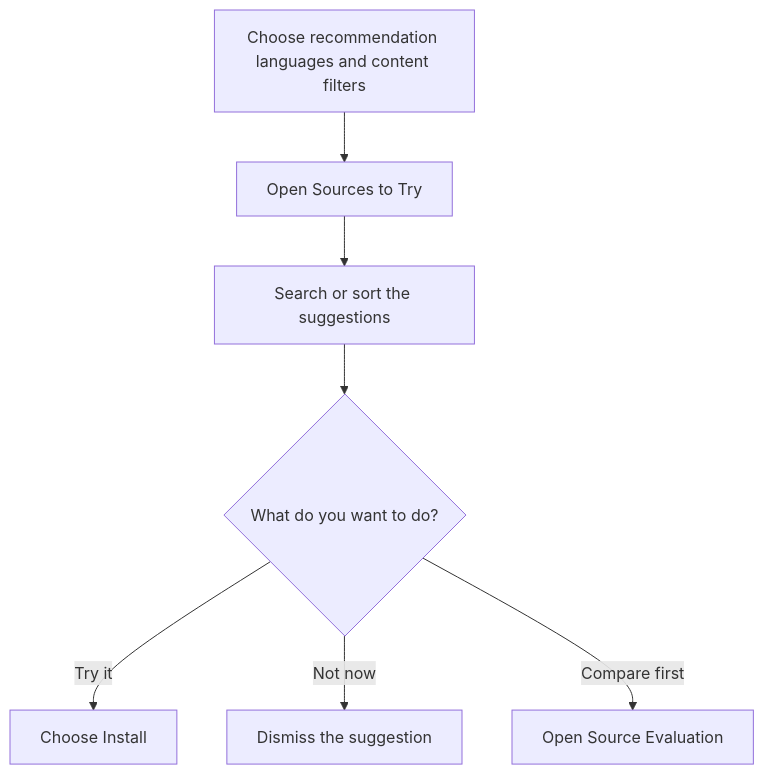
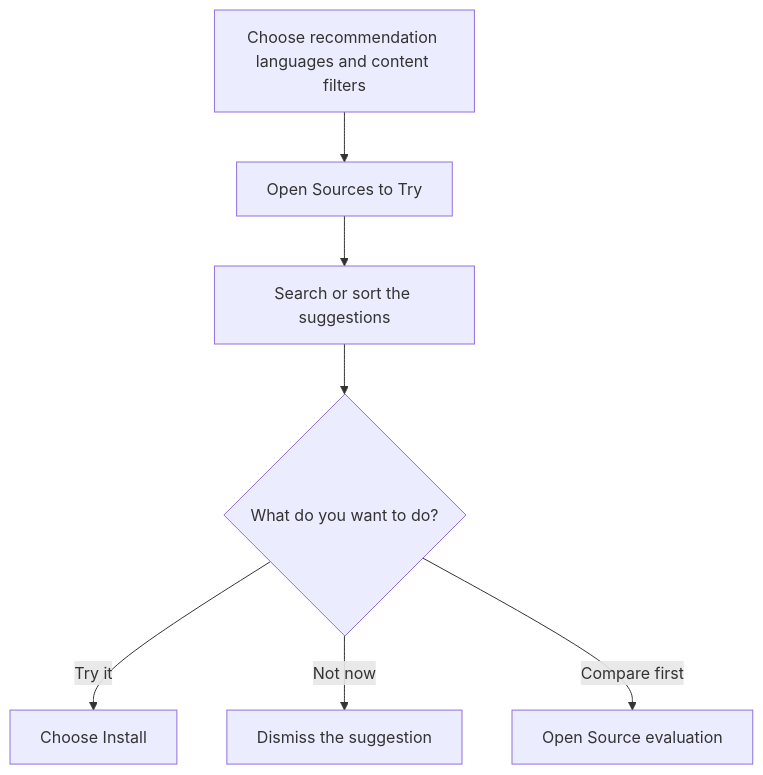
Before and after one commit to FancyCorey/komikku-fc: the first of 4 diagrams in docs/kmk/feature-guides/sources.md, drawn with Mermaid. The commit also changed other lines of this file and 22 other files, not shown here.

````diff
--- a/docs/kmk/feature-guides/sources.md
+++ b/docs/kmk/feature-guides/sources.md
@@ -13,9 +13,9 @@
 ```mermaid
 flowchart TD
     Settings["Choose recommendation languages and content filters"] --> List["Open Sources to Try"]
     List --> Search["Search or sort the suggestions"]
     Search --> Choice{"What do you want to do?"}
     Choice -->|Try it| Install["Choose Install"]
     Choice -->|Not now| Dismiss["Dismiss the suggestion"]
-    Choice -->|Compare first| Evaluate["Open Source Evaluation"]
+    Choice -->|Compare first| Evaluate["Open Source evaluation"]
 ```
````
